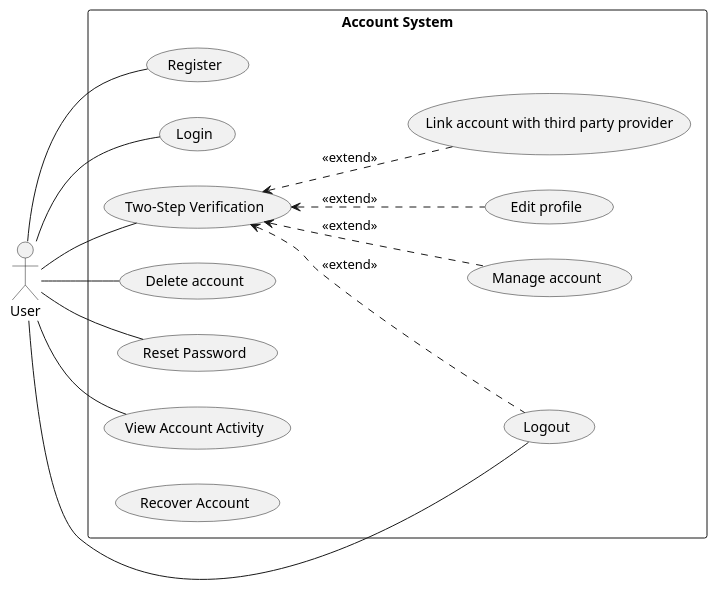
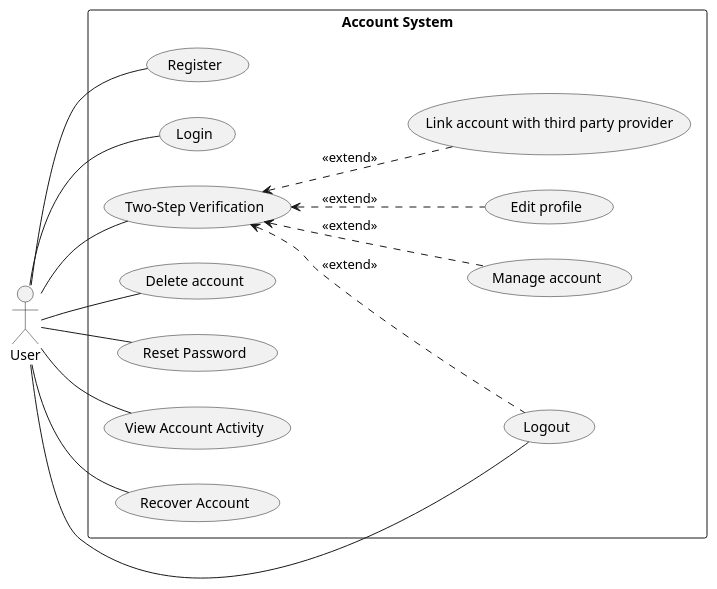
Before and after one commit to electricilies/electricilies.github.io: the second of 2 diagrams in docs/docs/use-case/user.md, drawn with PlantUML. The commit also changed 10 other files, not shown here.

````diff
--- a/docs/docs/use-case/user.md
+++ b/docs/docs/use-case/user.md
@@ -69,35 +69,36 @@
 ```plantuml
 @startuml
 left to right direction
 
 actor User
 
 rectangle "Account System" {
   usecase UC01 as "Register"
   usecase UC02 as "Login"
   usecase UC03 as "Logout"
   usecase UC04 as "Two-Step Verification"
   usecase UC05 as "Manage account"
   usecase UC06 as "Edit profile"
   usecase UC07 as "Link account with third party provider"
   usecase UC08 as "Delete account"
   usecase UC09 as "Reset Password"
   usecase UC10 as "View Account Activity"
   usecase UC11 as "Recover Account"
 }
 
 User -- UC01
 User -- UC02
 User -- UC03
 User -- UC04
 User -- UC08
 User -- UC09
 User -- UC10
+User -- UC11
 
 UC04 <.. UC03 : <<extend>>
 UC04 <.. UC05 : <<extend>>
 UC04 <.. UC06 : <<extend>>
 UC04 <.. UC07 : <<extend>>
 
 @enduml
 ```
````
